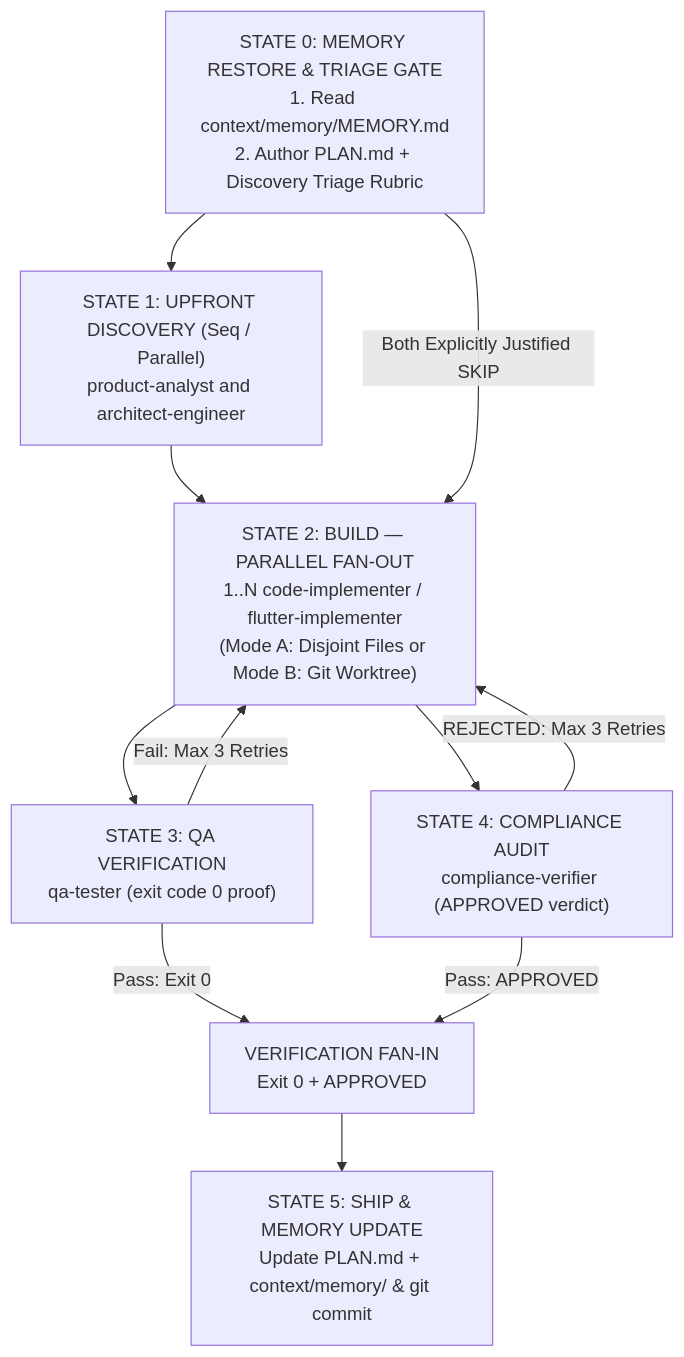
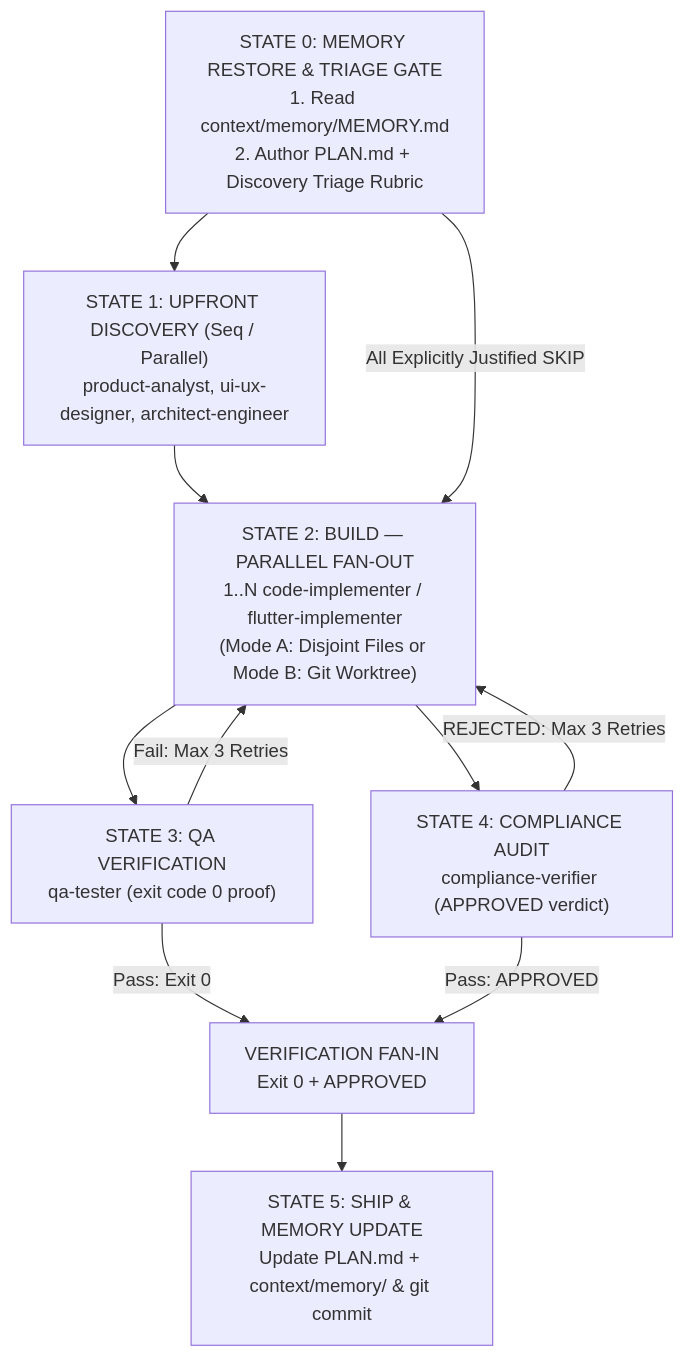
Before and after one commit to jggomez/expert-ai-developer-skills: the diagram in AGENTS.md, drawn with Mermaid. The commit also changed other lines of this file and 18 other files, not shown here.

````diff
--- a/AGENTS.md
+++ b/AGENTS.md
@@ -25,13 +25,13 @@
 ```mermaid
 flowchart TD
-    STATE0["STATE 0: MEMORY RESTORE & TRIAGE GATE<br/>1. Read context/memory/MEMORY.md<br/>2. Author PLAN.md + Discovery Triage Rubric"] --> STATE1["STATE 1: UPFRONT DISCOVERY (Seq / Parallel)<br/>product-analyst and architect-engineer"]
+    STATE0["STATE 0: MEMORY RESTORE & TRIAGE GATE<br/>1. Read context/memory/MEMORY.md<br/>2. Author PLAN.md + Discovery Triage Rubric"] --> STATE1["STATE 1: UPFRONT DISCOVERY (Seq / Parallel)<br/>product-analyst, ui-ux-designer, architect-engineer"]
     STATE1 --> STATE2["STATE 2: BUILD — PARALLEL FAN-OUT<br/>1..N code-implementer / flutter-implementer<br/>(Mode A: Disjoint Files or Mode B: Git Worktree)"]
-    STATE0 -->|"Both Explicitly Justified SKIP"| STATE2
+    STATE0 -->|"All Explicitly Justified SKIP"| STATE2
     STATE2 --> STATE3_4_QA["STATE 3: QA VERIFICATION<br/>qa-tester (exit code 0 proof)"]
     STATE2 --> STATE3_4_AUDIT["STATE 4: COMPLIANCE AUDIT<br/>compliance-verifier (APPROVED verdict)"]
     STATE3_4_QA -->|"Fail: Max 3 Retries"| STATE2
     STATE3_4_AUDIT -->|"REJECTED: Max 3 Retries"| STATE2
     STATE3_4_QA -->|"Pass: Exit 0"| FAN_IN["VERIFICATION FAN-IN<br/>Exit 0 + APPROVED"]
     STATE3_4_AUDIT -->|"Pass: APPROVED"| FAN_IN
     FAN_IN --> STATE5["STATE 5: SHIP & MEMORY UPDATE<br/>Update PLAN.md + context/memory/ & git commit"]
 ```
````
